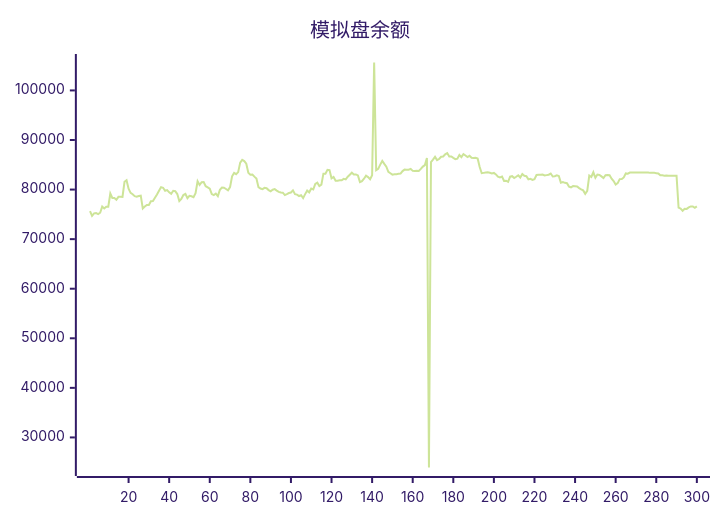
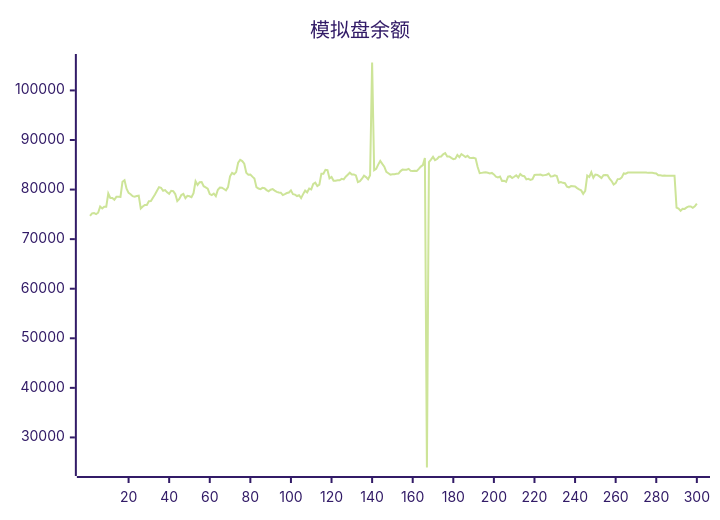
One commit to aahl/ai-trading changed the diagram in README.md. Above: the diagram before and after it, drawn with Mermaid (forest theme). The commit also changed other lines of this file and 1 other file, not shown here.

````diff
--- a/README.md
+++ b/README.md
@@ -5,5 +5,5 @@
 ```mermaid
 xychart
     title "模拟盘余额"
-    line [75656,74695,75197,75246,75052,75334,76564,76179,76553,76551,79196,78300,78300,77944,78531,78531,78521,81564,81884,80160,79335,79055,78675,78580,78708,78764,76179,76586,76902,76876,77658,77669,78346,79023,79769,80497,80366,79761,79896,79448,79126,79749,79658,79097,77695,78114,78888,79126,78249,78738,78653,78478,79271,81680,80923,81488,81527,80681,80455,80190,79084,78879,79193,78686,79954,80403,80374,80118,79848,80491,82665,83351,83098,83525,85430,85983,85737,85221,83378,83014,83043,82613,82216,80477,80208,80081,80348,80277,79894,79670,79965,80093,79786,79542,79406,79371,78893,79087,79304,79406,79841,79072,78978,78696,78846,78272,79085,79787,79442,80198,80031,81120,81379,80718,80985,83214,83212,83993,83921,82270,82547,81776,81776,81866,81866,82158,82061,82596,83000,83408,83041,83050,82858,81503,81691,82188,82812,82517,82092,82901,105633,83898,84180,85030,85781,85178,84604,83569,83298,83008,83093,83107,83175,83228,83729,84025,84017,84019,84177,83775,83762,83785,83738,84160,84639,84939,86370,23934,85548,86046,86599,85942,86161,86622,86664,87115,87369,86666,86685,86384,86152,86243,86969,86548,87164,86885,86566,86809,86427,86348,86417,86273,84538,83299,83369,83430,83490,83404,83270,83362,83056,82605,82459,82614,81734,81788,81551,82598,82702,82320,82580,82878,82426,83139,82778,82686,82056,82166,81963,82110,82951,82983,82984,83038,82838,82915,82998,83235,82642,82682,82858,82746,81396,81512,81362,81277,80600,80461,80699,80673,80616,80288,80038,79836,79142,79722,82837,82533,83480,82366,83032,82960,82654,82330,82883,82934,82901,82188,81728,81005,81298,82110,82135,82449,83264,83203,83440,83439,83440,83440,83446,83447,83448,83447,83448,83449,83369,83369,83369,83313,83256,82872,82873,82801,82844,82785,82791,82791,82793,82794,76339,76145,75714,76110,76096,76397,76594,76585,76310,76607]
+    line [74695,75197,75246,75052,75334,76564,76179,76553,76551,79196,78300,78300,77944,78531,78531,78521,81564,81884,80160,79335,79055,78675,78580,78708,78764,76179,76586,76902,76876,77658,77669,78346,79023,79769,80497,80366,79761,79896,79448,79126,79749,79658,79097,77695,78114,78888,79126,78249,78738,78653,78478,79271,81680,80923,81488,81527,80681,80455,80190,79084,78879,79193,78686,79954,80403,80374,80118,79848,80491,82665,83351,83098,83525,85430,85983,85737,85221,83378,83014,83043,82613,82216,80477,80208,80081,80348,80277,79894,79670,79965,80093,79786,79542,79406,79371,78893,79087,79304,79406,79841,79072,78978,78696,78846,78272,79085,79787,79442,80198,80031,81120,81379,80718,80985,83214,83212,83993,83921,82270,82547,81776,81776,81866,81866,82158,82061,82596,83000,83408,83041,83050,82858,81503,81691,82188,82812,82517,82092,82901,105633,83898,84180,85030,85781,85178,84604,83569,83298,83008,83093,83107,83175,83228,83729,84025,84017,84019,84177,83775,83762,83785,83738,84160,84639,84939,86370,23934,85548,86046,86599,85942,86161,86622,86664,87115,87369,86666,86685,86384,86152,86243,86969,86548,87164,86885,86566,86809,86427,86348,86417,86273,84538,83299,83369,83430,83490,83404,83270,83362,83056,82605,82459,82614,81734,81788,81551,82598,82702,82320,82580,82878,82426,83139,82778,82686,82056,82166,81963,82110,82951,82983,82984,83038,82838,82915,82998,83235,82642,82682,82858,82746,81396,81512,81362,81277,80600,80461,80699,80673,80616,80288,80038,79836,79142,79722,82837,82533,83480,82366,83032,82960,82654,82330,82883,82934,82901,82188,81728,81005,81298,82110,82135,82449,83264,83203,83440,83439,83440,83440,83446,83447,83448,83447,83448,83449,83369,83369,83369,83313,83256,82872,82873,82801,82844,82785,82791,82791,82793,82794,76339,76145,75714,76110,76096,76397,76594,76585,76310,76607,77160]
 ```
````
